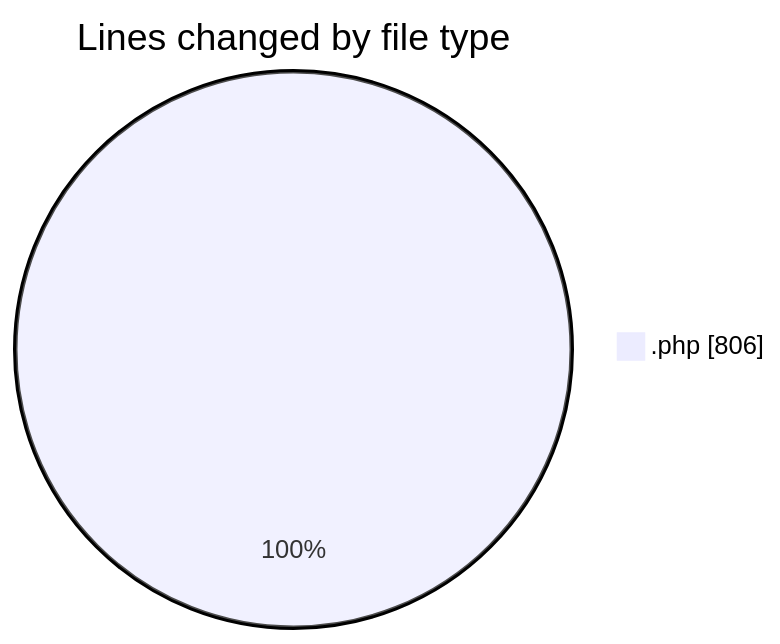
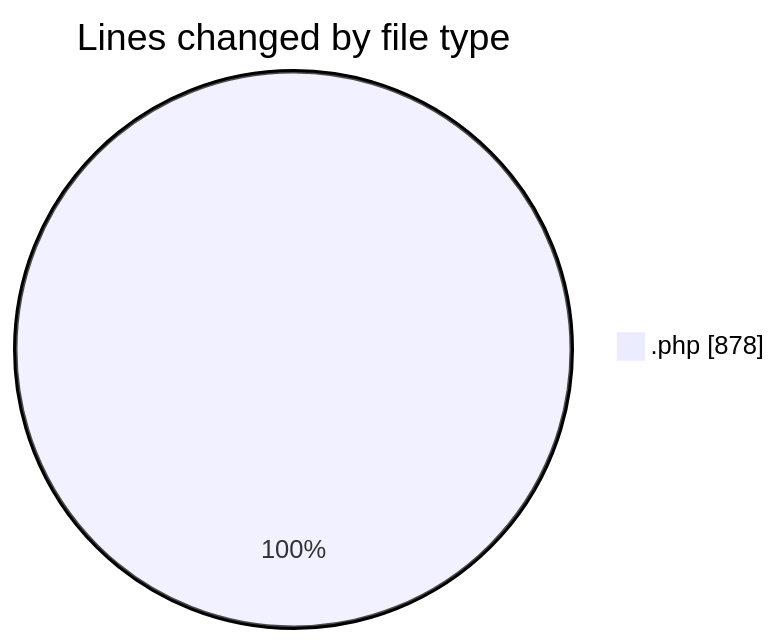
The first of 2 diagrams in 2026-07-29/untitled__workspace_/README.md (debugP/code-tracking), drawn with Mermaid before and after one commit. The commit also changed other lines of this file and 1 other file, not shown here.

````diff
--- a/2026-07-29/untitled__workspace_/README.md
+++ b/2026-07-29/untitled__workspace_/README.md
@@ -20,5 +20,5 @@
 ```mermaid
 pie showData
 title Lines changed by file type
-".php" : 806
+".php" : 878
 ```
````
